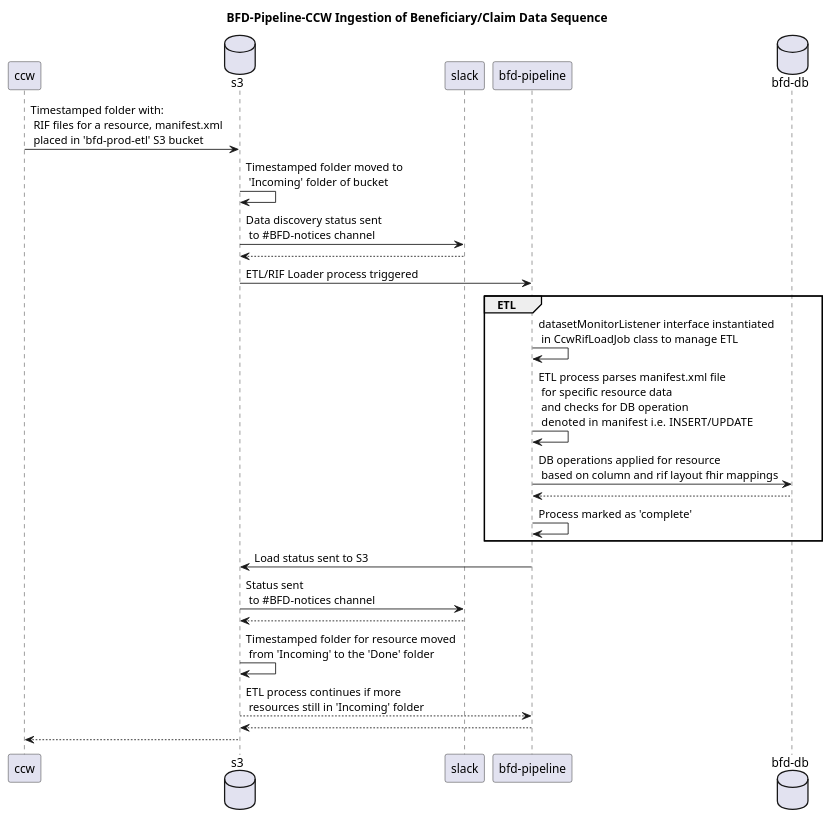
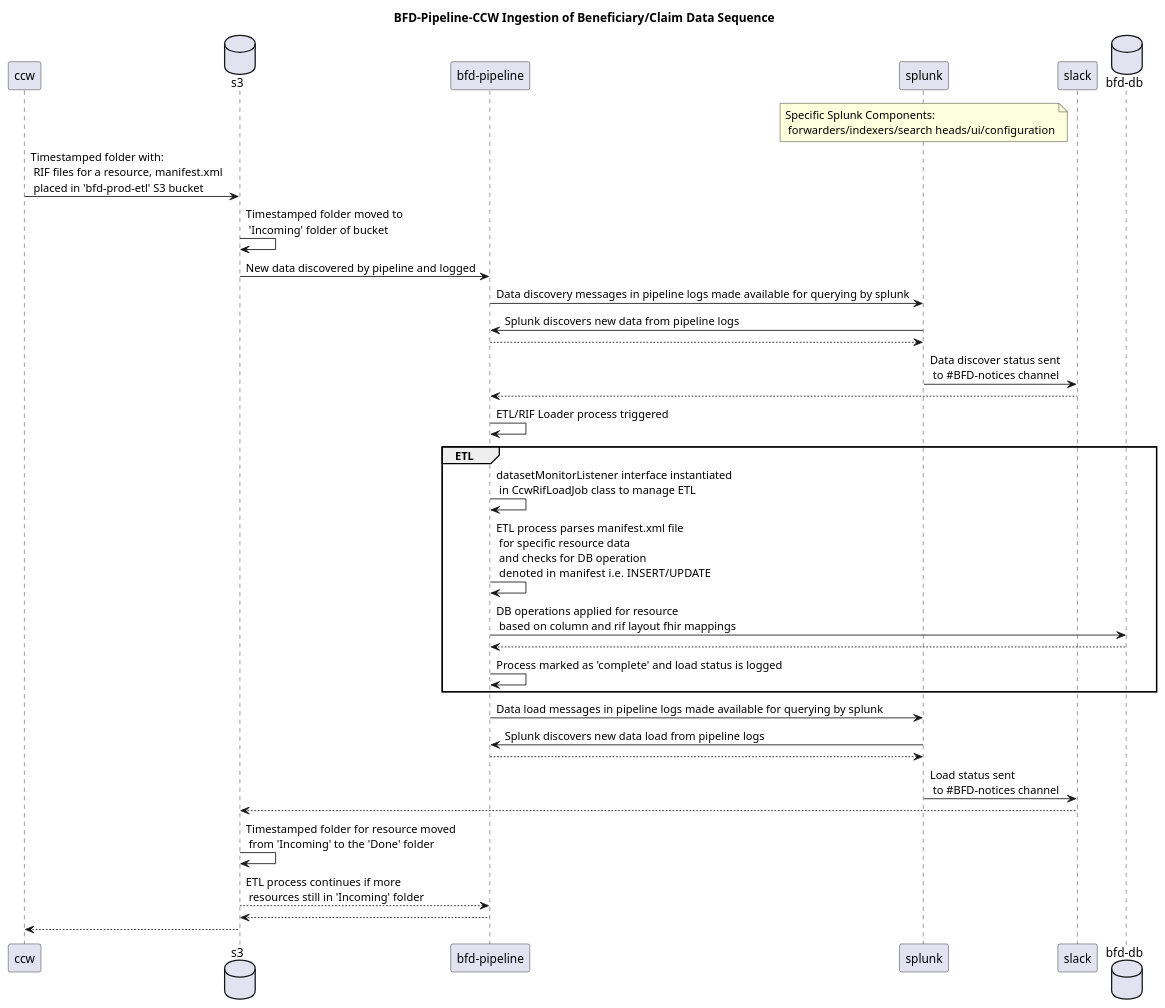
One commit to CMSgov/beneficiary-fhir-data changed the diagram in docs/assets/fhir-resource-ingestion-digestion-diagrams/bfd-pipeline-ccw-ingestion.plantuml. Above: the diagram before and after it, drawn with PlantUML. The commit also changed 1 other file, not shown here.

Commit message:
update ccw rif diagrams for accuracy

```diff
--- a/docs/assets/fhir-resource-ingestion-digestion-diagrams/bfd-pipeline-ccw-ingestion.plantuml
+++ b/docs/assets/fhir-resource-ingestion-digestion-diagrams/bfd-pipeline-ccw-ingestion.plantuml
@@ -1,27 +1,35 @@
 @startuml
 title BFD-Pipeline-CCW Ingestion of Beneficiary/Claim Data Sequence
 participant ccw
 database s3
+participant "bfd-pipeline"
+participant splunk
+note over splunk: Specific Splunk Components: \n forwarders/indexers/search heads/ui/configuration
 participant slack
-participant "bfd-pipeline"
 database "bfd-db"
 ccw -> s3: Timestamped folder with: \n RIF files for a resource, manifest.xml \n placed in 'bfd-prod-etl' S3 bucket  
 s3 -> s3: Timestamped folder moved to \n 'Incoming' folder of bucket
-s3 -> slack: Data discovery status sent \n to #BFD-notices channel
-slack --> s3
-s3 -> "bfd-pipeline": ETL/RIF Loader process triggered
+s3 -> "bfd-pipeline": New data discovered by pipeline and logged
+"bfd-pipeline" -> splunk: Data discovery messages in pipeline logs made available for querying by splunk
+splunk -> "bfd-pipeline": Splunk discovers new data from pipeline logs
+"bfd-pipeline" --> splunk
+splunk -> slack: Data discover status sent \n to #BFD-notices channel
+slack --> "bfd-pipeline" 
+"bfd-pipeline" -> "bfd-pipeline": ETL/RIF Loader process triggered
 group ETL
 "bfd-pipeline" -> "bfd-pipeline": datasetMonitorListener interface instantiated \n in CcwRifLoadJob class to manage ETL
 "bfd-pipeline" -> "bfd-pipeline": ETL process parses manifest.xml file \n for specific resource data \n and checks for DB operation \n denoted  in manifest i.e. INSERT/UPDATE
 "bfd-pipeline" -> "bfd-db": DB operations applied for resource \n based on column and rif layout fhir mappings
 "bfd-db" --> "bfd-pipeline"
-"bfd-pipeline" -> "bfd-pipeline": Process marked as 'complete'
+"bfd-pipeline" -> "bfd-pipeline": Process marked as 'complete' and load status is logged
 end
-"bfd-pipeline" -> s3: Load status sent to S3
-s3 -> slack: Status sent \n to #BFD-notices channel
+"bfd-pipeline" -> splunk: Data load messages in pipeline logs made available for querying by splunk
+splunk -> "bfd-pipeline": Splunk discovers new data load from pipeline logs
+"bfd-pipeline" --> splunk
+splunk -> slack: Load status sent \n to #BFD-notices channel
 slack --> s3
 s3 -> s3: Timestamped folder for resource moved \n from 'Incoming' to the 'Done' folder
 s3 --> "bfd-pipeline": ETL process continues if more \n resources still in 'Incoming' folder
 "bfd-pipeline" --> s3
 s3--> ccw
 @enduml
```
